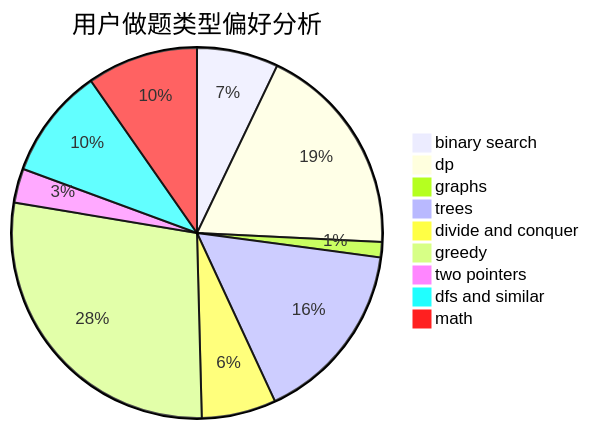
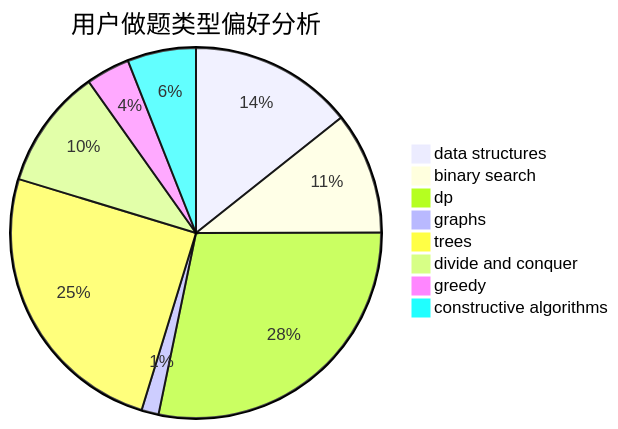
The second of 3 diagrams in docs/user/u1061.md (sherpahu/cfrs.github.io), drawn with Mermaid before and after one commit. The commit also changed other lines of this file and 2775 other files, not shown here.

````diff
--- a/docs/user/u1061.md
+++ b/docs/user/u1061.md
@@ -23,12 +23,11 @@
 ```mermaid
 pie title 用户做题类型偏好分析
-    "binary search" :  69
-    "dp" :  181
-    "graphs" :  13
-    "trees" :  155
+    "data structures" :  86
+    "binary search" :  64
+    "dp" :  170
+    "graphs" :  9
+    "trees" :  150
     "divide and conquer" :  63
-    "greedy" :  272
-    "two pointers" :  29
-    "dfs and similar" :  94
-    "math" :  94
+    "greedy" :  23
+    "constructive algorithms" :  36
 ```
````
